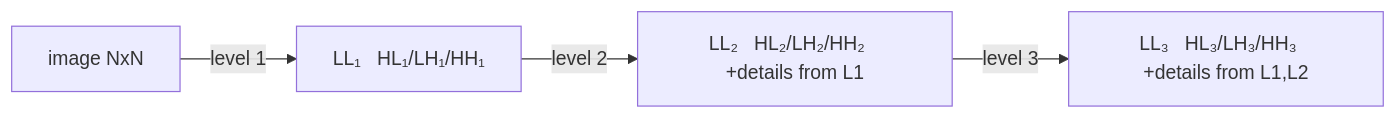
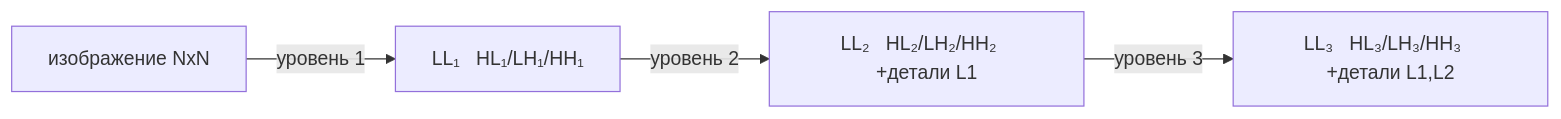
One commit to rmorenko/holofs changed the first of 2 diagrams in docs/ru/theory.md. Above: the diagram before and after it, drawn with Mermaid. The commit also changed other lines of this file and 3 other files, not shown here.

First line of the commit message:
docs: retranslate ru/{README,threat-model,architecture,theory}.md against 1.0.0 canon

````diff
--- a/docs/ru/theory.md
+++ b/docs/ru/theory.md
@@ -192,6 +193,6 @@
 ```mermaid
 flowchart LR
-    A[image NxN] -->|level 1| B[LL₁ &nbsp; HL₁/LH₁/HH₁]
-    B -->|level 2| C[LL₂ &nbsp; HL₂/LH₂/HH₂ &nbsp; +details from L1]
-    C -->|level 3| D[LL₃ &nbsp; HL₃/LH₃/HH₃ &nbsp; +details from L1,L2]
+    A[изображение NxN] -->|уровень 1| B[LL₁ &nbsp; HL₁/LH₁/HH₁]
+    B -->|уровень 2| C[LL₂ &nbsp; HL₂/LH₂/HH₂ &nbsp; +детали L1]
+    C -->|уровень 3| D[LL₃ &nbsp; HL₃/LH₃/HH₃ &nbsp; +детали L1,L2]
 ```
````
